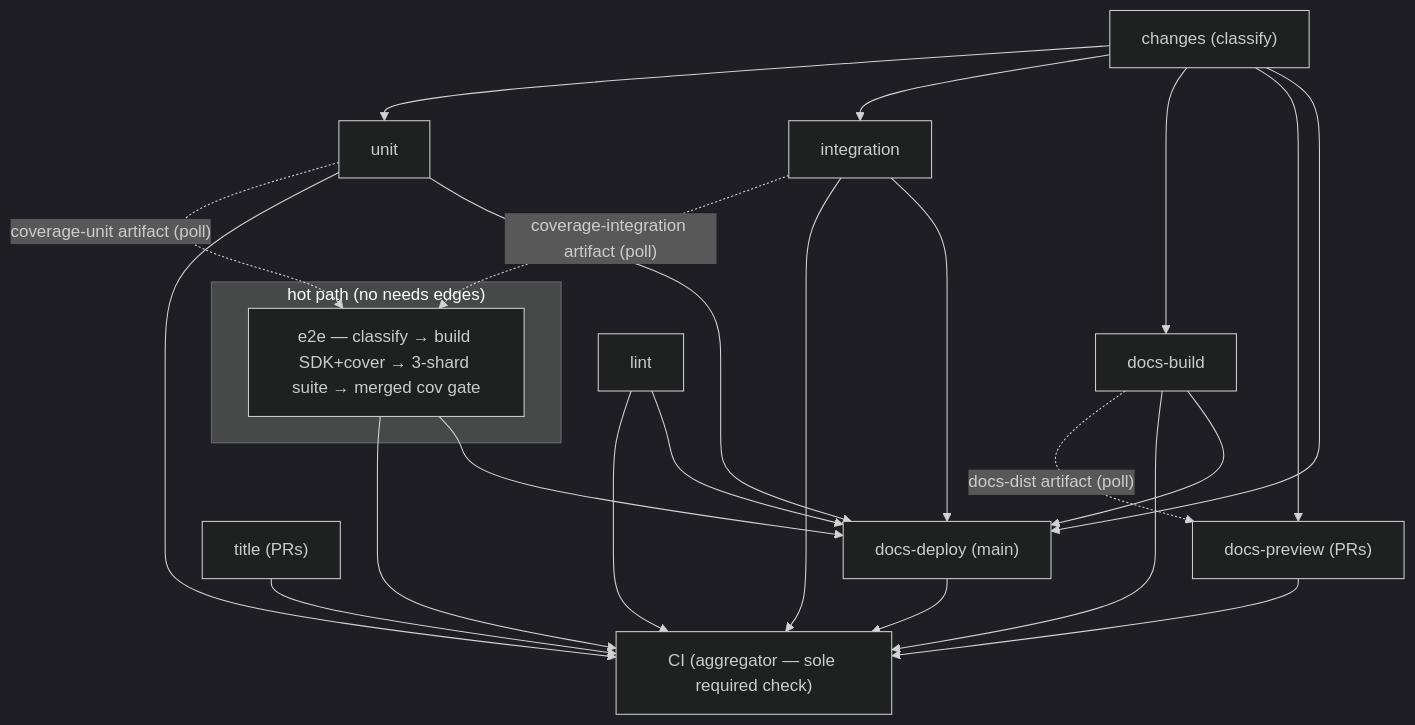
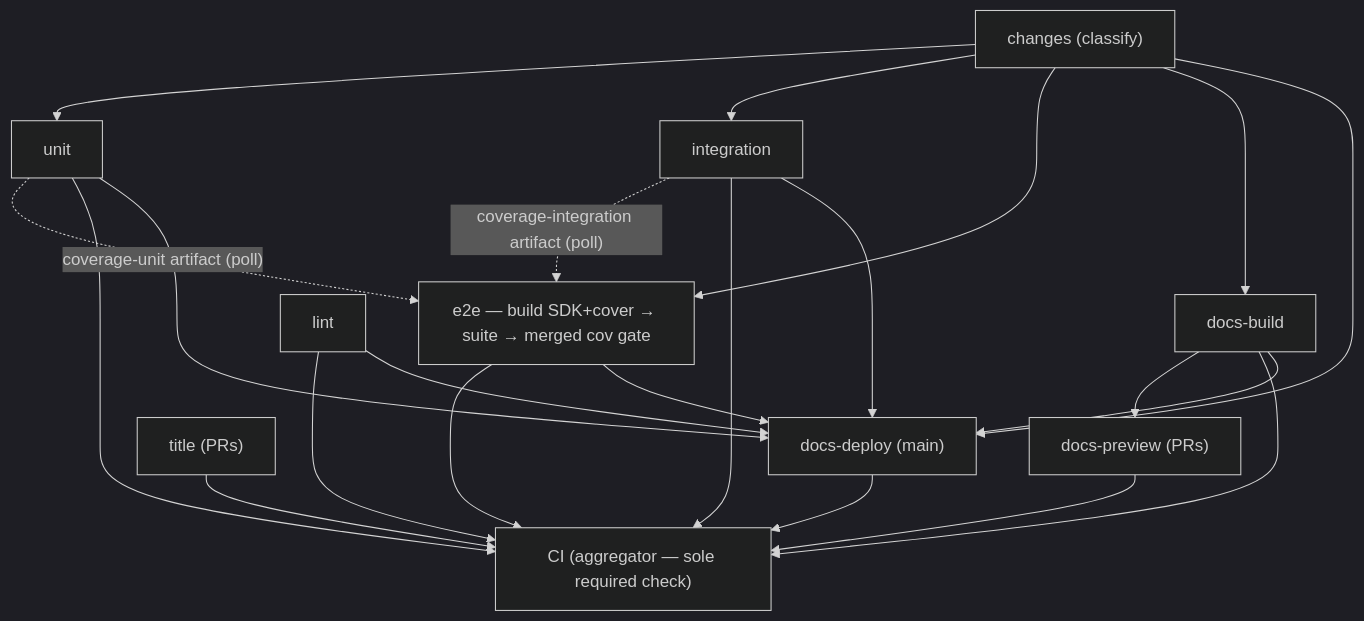
Before and after one commit to Wave-RF/WaveHouse: the diagram in .github/workflows/README.md, drawn with Mermaid (dark theme). The commit also changed other lines of this file and 10 other files, not shown here.

First line of the commit message:
ci: drop e2e sharding for local parity and simplify the hot path

````diff
--- a/.github/workflows/README.md
+++ b/.github/workflows/README.md
@@ -11,27 +11,24 @@
 ```mermaid
 graph TB
-    subgraph hot["hot path (no needs edges)"]
-        e2e["e2e — classify → build SDK+cover → 3-shard suite → merged cov gate"]
-    end
     changes["changes (classify)"] --> unit["unit"]
     changes --> integration["integration"]
+    changes --> e2e["e2e — build SDK+cover → suite → merged cov gate"]
     changes --> docsbuild["docs-build"]
-    changes --> preview["docs-preview (PRs)"]
+    docsbuild --> preview["docs-preview (PRs)"]
     unit -. "coverage-unit artifact (poll)" .-> e2e
     integration -. "coverage-integration artifact (poll)" .-> e2e
-    docsbuild -. "docs-dist artifact (poll)" .-> preview
     title["title (PRs)"] --> ci["CI (aggregator — sole required check)"]
     lint["lint"] --> ci
     e2e --> ci
     unit --> ci
     integration --> ci
     docsbuild --> ci
     preview --> ci
     deploy["docs-deploy (main)"] --> ci
     changes --> deploy
     lint --> deploy
     docsbuild --> deploy
     unit --> deploy
     integration --> deploy
     e2e --> deploy
 ```
````
